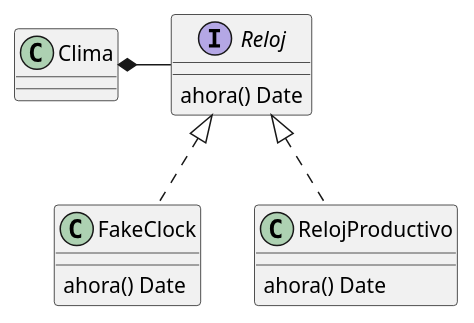
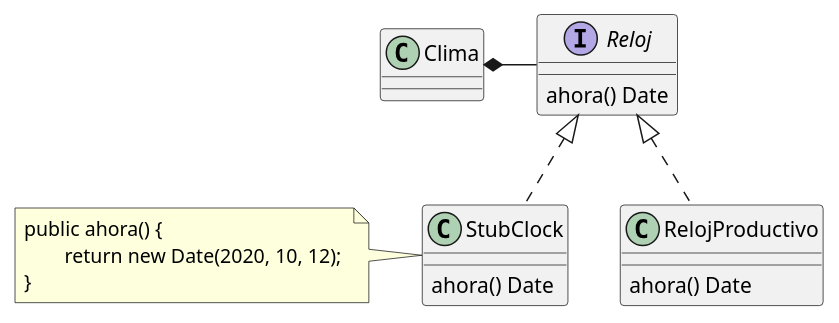
Before and after one commit to fiuba/algo3_mocks_examples: the diagram in diagrams/clima.plantuml, drawn with PlantUML. The commit also changed 7 other files, not shown here.

Commit message:
Diagramas de clases para MockObjects

```diff
--- a/diagrams/clima.plantuml
+++ b/diagrams/clima.plantuml
@@ -1,16 +1,17 @@
 @startuml
 skinparam classAttributeIconSize 0
 
 interface Reloj
 Reloj : ahora() Date
 
-Reloj <|.. FakeClock
-FakeClock : ahora() Date
+Reloj <|.. StubClock
+StubClock : ahora() Date
+note left: public ahora() { \n \treturn new Date(2020, 10, 12); \n}
 
 Reloj <|.. RelojProductivo
 RelojProductivo : ahora() Date
 
 
 Clima *- Reloj
 
 @enduml
```
